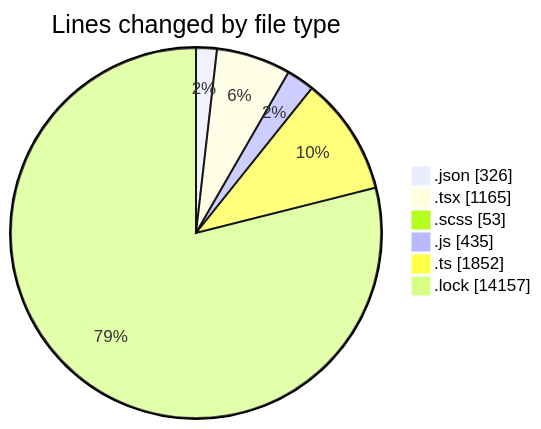
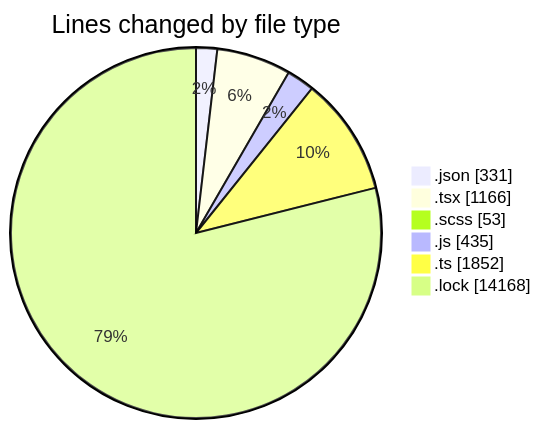
Before and after one commit to momahboobian/code-tracking: the first of 2 diagrams in 2026-09-03/cda/README.md, drawn with Mermaid. The commit also changed other lines of this file and 1 other file, not shown here.

````diff
--- a/2026-09-03/cda/README.md
+++ b/2026-09-03/cda/README.md
@@ -33,10 +33,10 @@
 ```mermaid
 pie showData
 title Lines changed by file type
-".json" : 326
-".tsx" : 1165
+".json" : 331
+".tsx" : 1166
 ".scss" : 53
 ".js" : 435
 ".ts" : 1852
-".lock" : 14157
+".lock" : 14168
 ```
````
